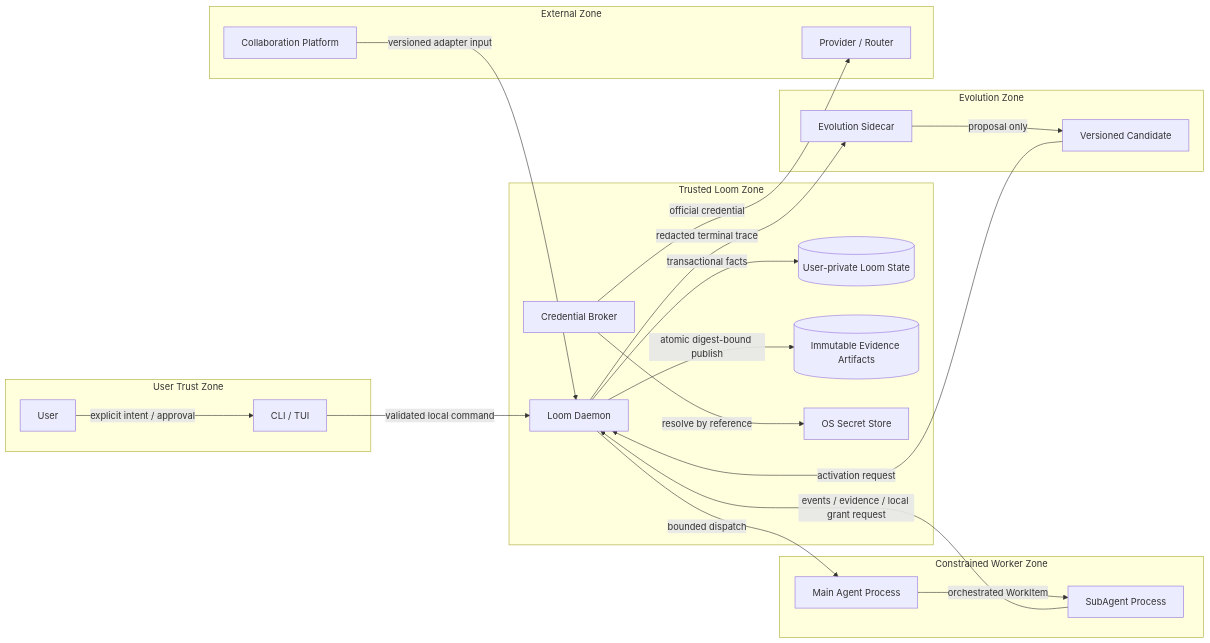
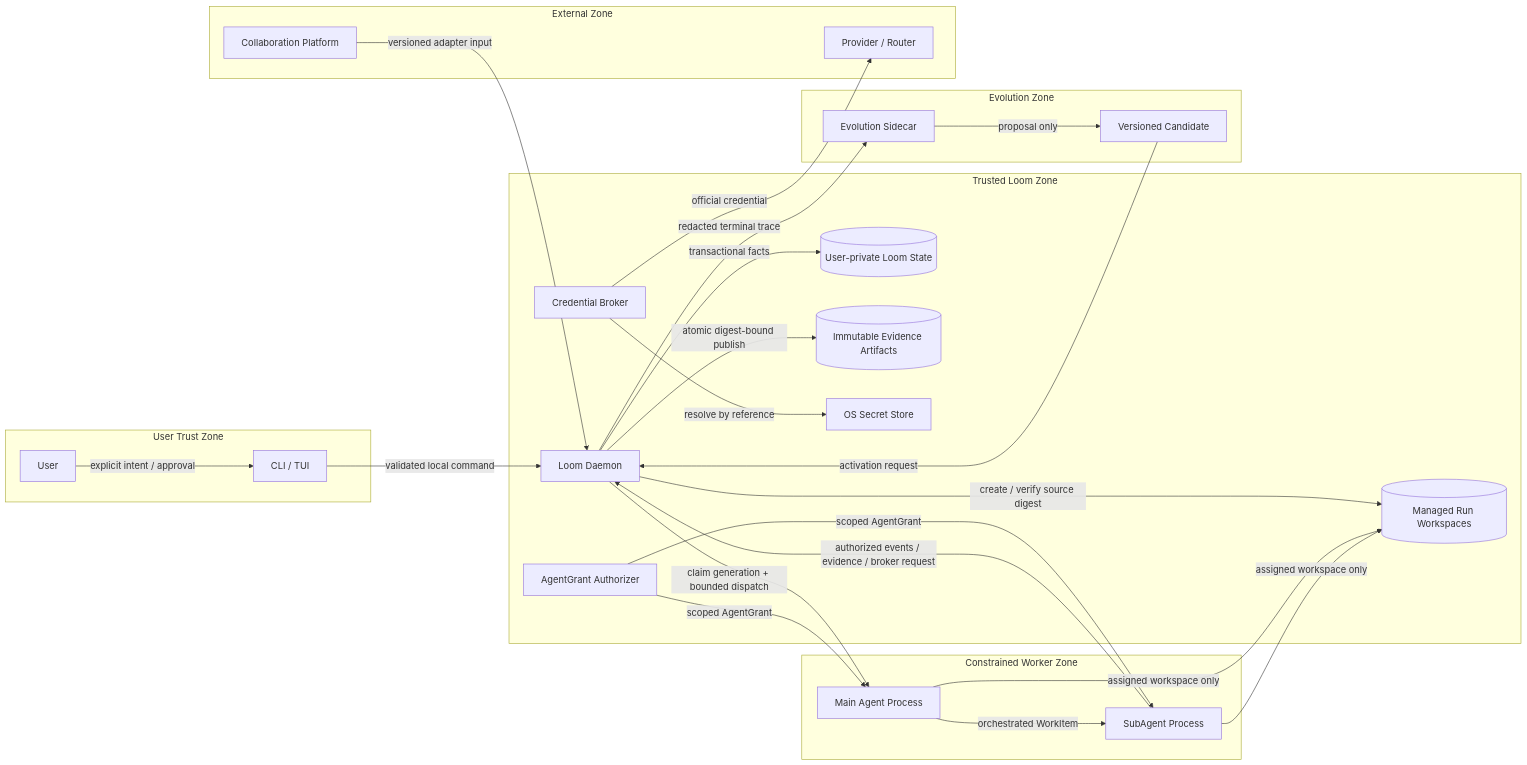
One commit to tttboy123/loom changed the diagram in docs/architecture/trust-boundaries.md. Above: the diagram before and after it, drawn with Mermaid. The commit also changed other lines of this file and 26 other files, not shown here.

````diff
--- a/docs/architecture/trust-boundaries.md
+++ b/docs/architecture/trust-boundaries.md
@@ -5,44 +5,51 @@
 ```mermaid
 flowchart LR
     subgraph UserZone["User Trust Zone"]
         User["User"]
         Client["CLI / TUI"]
     end
 
     subgraph LoomZone["Trusted Loom Zone"]
         Daemon["Loom Daemon"]
         Broker["Credential Broker"]
+        Grant["AgentGrant Authorizer"]
         Store[("User-private Loom State")]
         Artifacts[("Immutable Evidence Artifacts")]
+        Workspaces[("Managed Run Workspaces")]
         Secret["OS Secret Store"]
     end
 
     subgraph WorkerZone["Constrained Worker Zone"]
         Main["Main Agent Process"]
         Worker["SubAgent Process"]
     end
 
     subgraph EvolutionZone["Evolution Zone"]
         Sidecar["Evolution Sidecar"]
         Candidate["Versioned Candidate"]
     end
 
     subgraph ExternalZone["External Zone"]
         Provider["Provider / Router"]
         Collaboration["Collaboration Platform"]
     end
 
     User -->|"explicit intent / approval"| Client
     Client -->|"validated local command"| Daemon
-    Daemon -->|"bounded dispatch"| Main
+    Daemon -->|"claim generation + bounded dispatch"| Main
     Main -->|"orchestrated WorkItem"| Worker
-    Worker -->|"events / evidence / local grant request"| Daemon
+    Grant -->|"scoped AgentGrant"| Main
+    Grant -->|"scoped AgentGrant"| Worker
+    Worker -->|"authorized events / evidence / broker request"| Daemon
+    Daemon -->|"create / verify source digest"| Workspaces
+    Main -->|"assigned workspace only"| Workspaces
+    Worker -->|"assigned workspace only"| Workspaces
     Broker -->|"resolve by reference"| Secret
     Broker -->|"official credential"| Provider
     Daemon -->|"transactional facts"| Store
     Daemon -->|"atomic digest-bound publish"| Artifacts
     Daemon -->|"redacted terminal trace"| Sidecar
     Sidecar -->|"proposal only"| Candidate
     Candidate -->|"activation request"| Daemon
     Collaboration -->|"versioned adapter input"| Daemon
 ```
````
